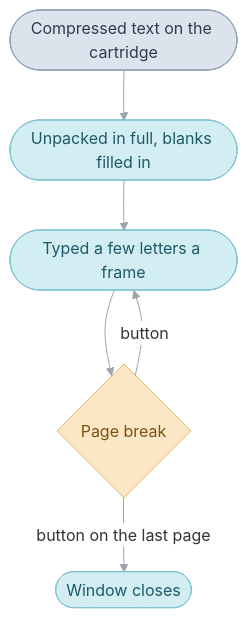
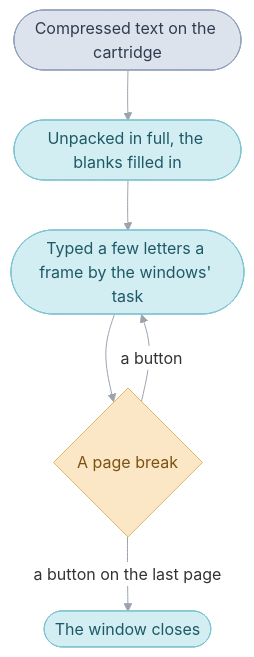
Before and after one commit to PascalPixel/alchemy: the second of 2 diagrams in games/tbs/interface.md, drawn with Mermaid. The commit also changed other lines of this file, not shown here.

First line of the commit message:
docs: the Interface page at a textbook's pace

````diff
--- a/games/tbs/interface.md
+++ b/games/tbs/interface.md
@@ -45,15 +89,15 @@
 ```mermaid
 %%{init: {"theme": "base", "themeVariables": {"lineColor": "#9AA3AE", "edgeLabelBackground": "#FFFFFF"}, "flowchart": {"curve": "basis", "padding": 12}}}%%
 flowchart TD
-  stored(["Compressed text on the cartridge"]) --> unpacked(["Unpacked in full, blanks filled in"])
-  unpacked --> typed(["Typed a few letters a frame"])
-  typed --> page{"Page break"}
-  page -- "button" --> typed
-  page -- "button on the last page" --> closed(["Window closes"])
+  stored(["Compressed text on the cartridge"]) --> unpacked(["Unpacked in full, the blanks filled in"])
+  unpacked --> typed(["Typed a few letters a frame by the windows' task"])
+  typed --> page{"A page break"}
+  page -- "a button" --> typed
+  page -- "a button on the last page" --> closed(["The window closes"])
   classDef cart fill:#DDE3EC,stroke:#8FA0B8,color:#2E3C50
   classDef work fill:#D2EEF3,stroke:#7FC3D0,color:#1E5966
   classDef wait fill:#FBE7C6,stroke:#E0B46A,color:#7A5212
   class stored cart
   class unpacked,typed,closed work
   class page wait
 ```
````
